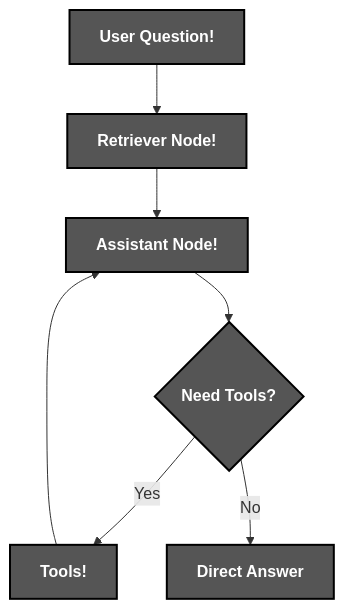
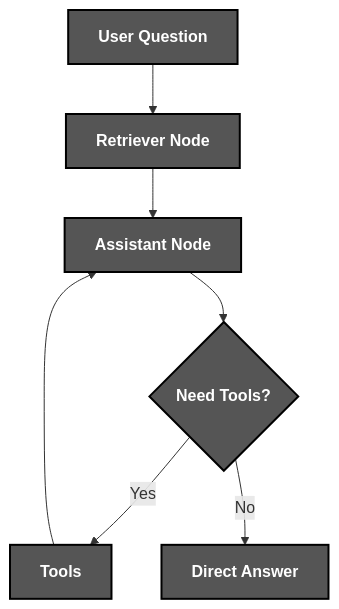
One commit to cristiangilsanz/smart-agent changed the diagram in README.md. Above: the diagram before and after it, drawn with Mermaid. The commit also changed other lines of this file and 2 other files, not shown here.

Commit message:
chore: add format changes for better readability

````diff
--- a/README.md
+++ b/README.md
@@ -32,16 +33,16 @@
 ```mermaid
 flowchart TB
-    A[User Question!]:::nodeStyle1 --> B[Retriever Node!]:::nodeStyle2
-    B --> E[Assistant Node!]:::nodeStyle3
+    A[User Question]:::nodeStyle1 --> B[Retriever Node]:::nodeStyle2
+    B --> E[Assistant Node]:::nodeStyle3
     E --> F{Need Tools?}:::decisionStyle
-    F -- Yes --> I[Tools!]:::nodeStyle5
+    F -- Yes --> I[Tools]:::nodeStyle5
     F -- No --> H[Direct Answer]:::nodeStyle4
     I --> E
     
     classDef nodeStyle1 fill:#555555,color:#ffffff,stroke:#000000,stroke-width:2px,font-weight: bold;
     classDef nodeStyle2 fill:#555555,color:#ffffff,stroke:#000000,stroke-width:2px,font-weight: bold;
     classDef nodeStyle3 fill:#555555,color:#ffffff,stroke:#000000,stroke-width:2px,font-weight: bold;
     classDef nodeStyle4 fill:#555555,color:#ffffff,stroke:#000000,stroke-width:2px,font-weight: bold;
     classDef nodeStyle5 fill:#555555,color:#ffffff,stroke:#000000,stroke-width:2px,font-weight: bold;
     classDef decisionStyle fill:#555555,color:#ffffff,stroke:#000000,stroke-width:2px,font-weight: bold;
 ```
````
